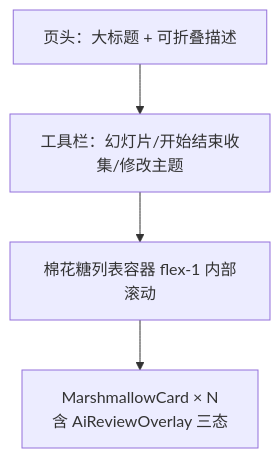
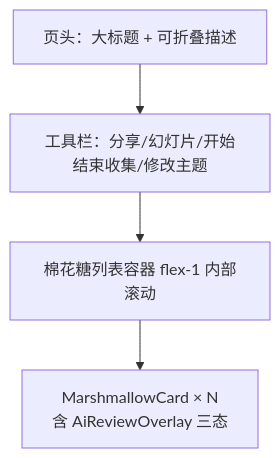
One commit to Deliay/sumire changed the second of 3 diagrams in docs/engineering/plans/2026-09-06-marshmallow-topics-impl-plan.md. Above: the diagram before and after it, drawn with Mermaid. The commit also changed other lines of this file, not shown here.

````diff
--- a/docs/engineering/plans/2026-09-06-marshmallow-topics-impl-plan.md
+++ b/docs/engineering/plans/2026-09-06-marshmallow-topics-impl-plan.md
@@ -196,6 +197,6 @@
 ```mermaid
 flowchart TD
-    A[页头：大标题 + 可折叠描述] --> B[工具栏：幻灯片/开始结束收集/修改主题]
+    A[页头：大标题 + 可折叠描述] --> B[工具栏：分享/幻灯片/开始结束收集/修改主题]
     B --> C[棉花糖列表容器 flex-1 内部滚动]
     C --> D[MarshmallowCard × N<br/>含 AiReviewOverlay 三态]
 ```
````
